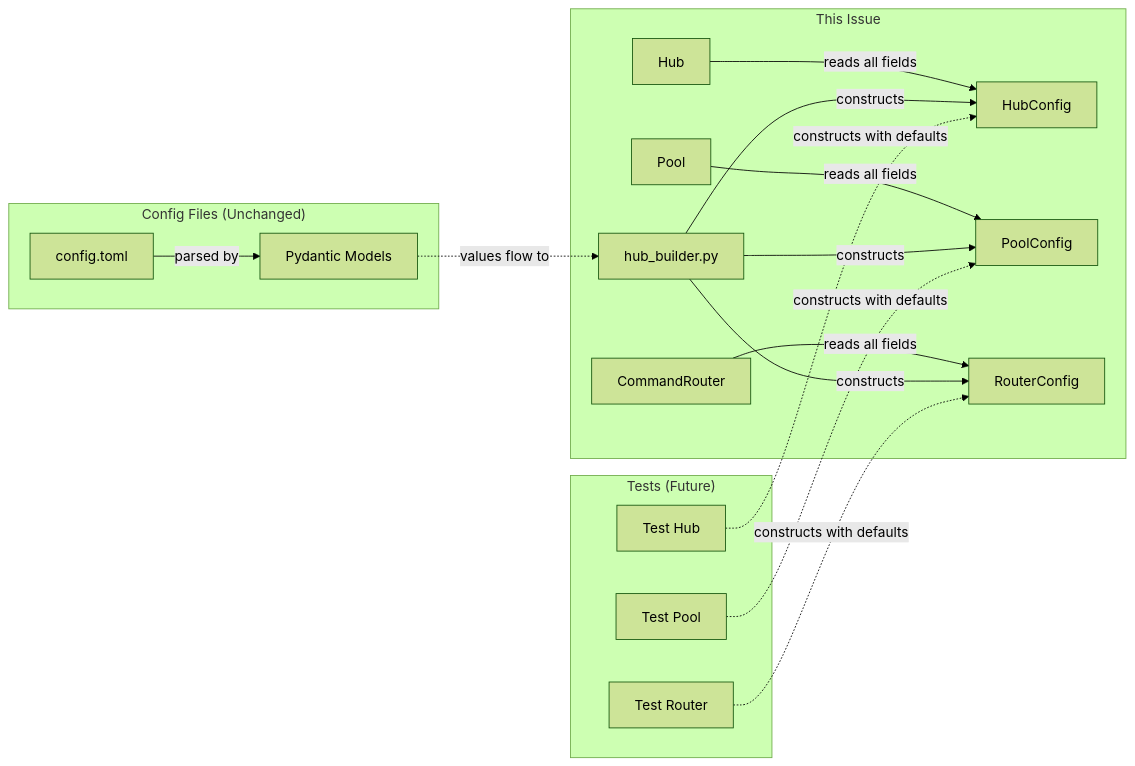
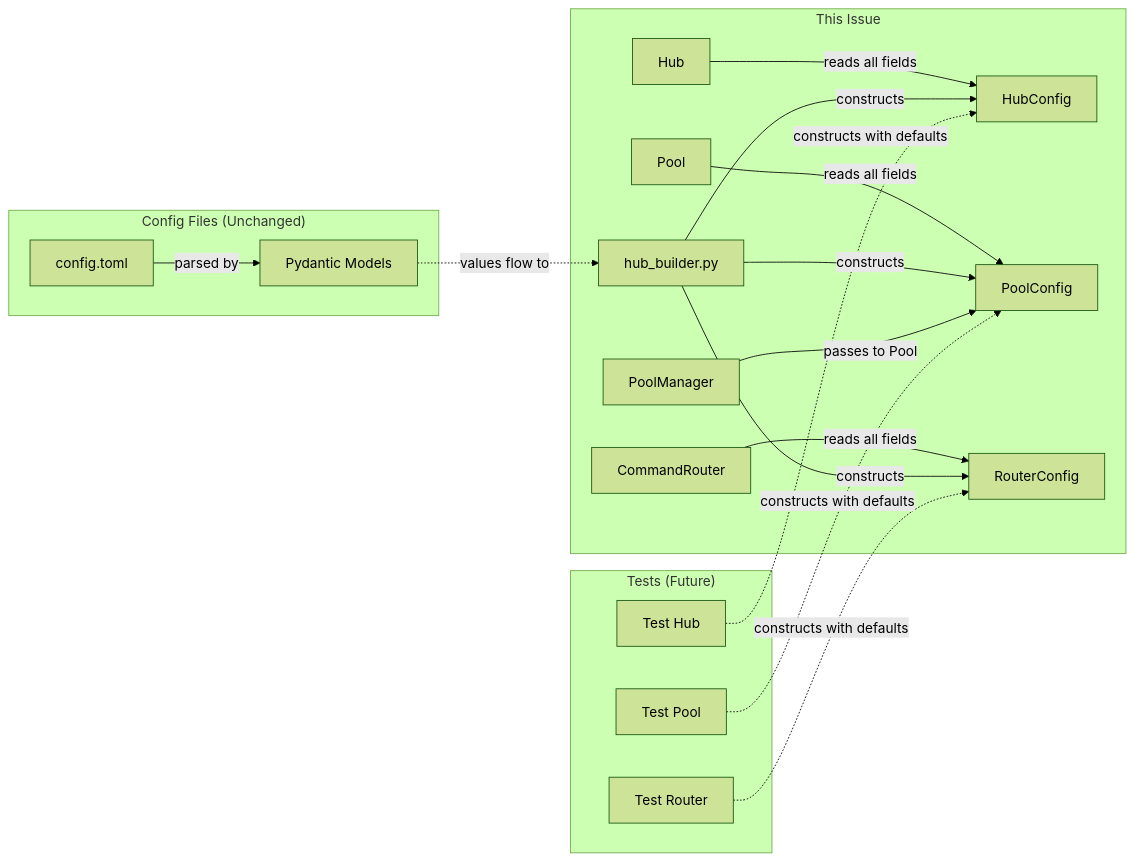
One commit to Roxabi/lyra changed the second of 2 diagrams in artifacts/specs/858-extract-config-dataclasses-spec.mdx. Above: the diagram before and after it, drawn with Mermaid (forest theme). The commit also changed other lines of this file, not shown here.

````diff
--- a/artifacts/specs/858-extract-config-dataclasses-spec.mdx
+++ b/artifacts/specs/858-extract-config-dataclasses-spec.mdx
@@ -108,22 +136,23 @@
 ```mermaid
 flowchart LR
     subgraph "This Issue"
         Hub[Hub] -->|reads all fields| HC[HubConfig]
         Pool[Pool] -->|reads all fields| PC[PoolConfig]
         CR[CommandRouter] -->|reads all fields| RC[RouterConfig]
         HB[hub_builder.py] -->|constructs| HC
         HB -->|constructs| PC
         HB -->|constructs| RC
+        PM[PoolManager] -->|passes to Pool| PC
     end
 
     subgraph "Tests (Future)"
         THub[Test Hub] -.->|constructs with defaults| HC
         TPool[Test Pool] -.->|constructs with defaults| PC
         TCR[Test Router] -.->|constructs with defaults| RC
     end
 
     subgraph "Config Files (Unchanged)"
         TOML[config.toml] -->|parsed by| Pydantic[Pydantic Models]
         Pydantic -.->|values flow to| HB
     end
 ```
````
